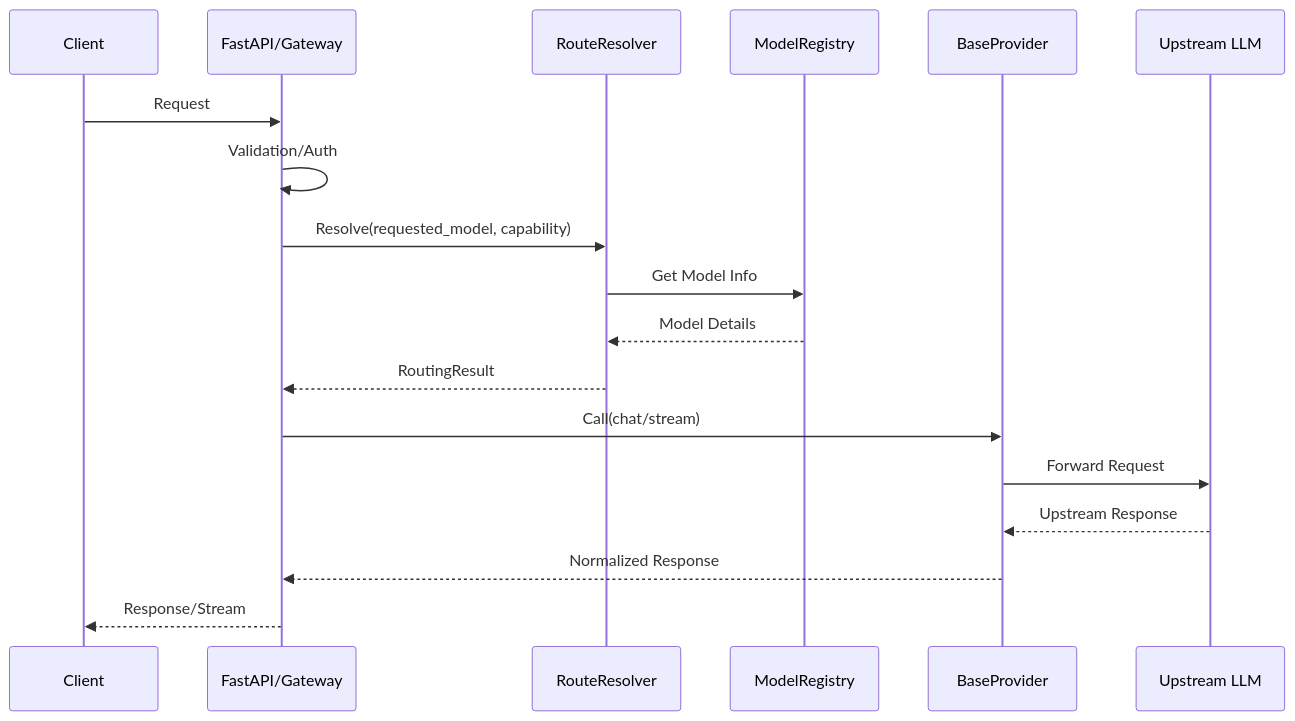
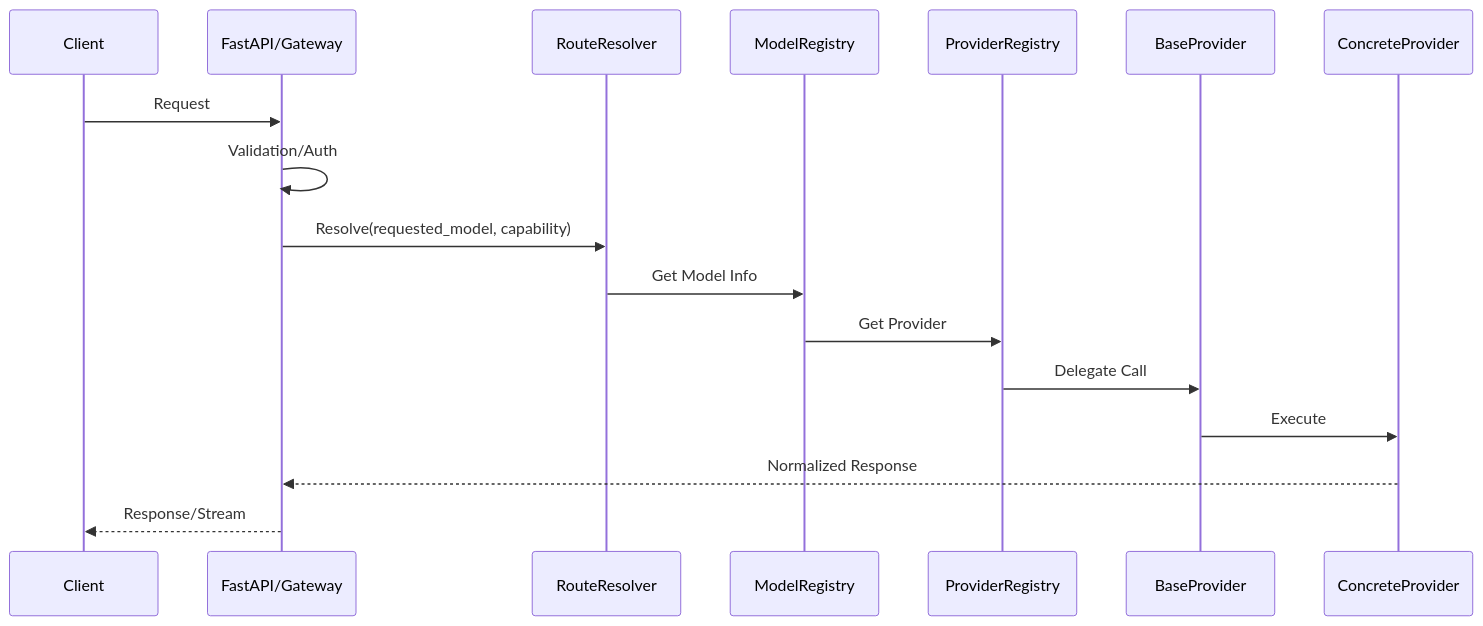
The first of 2 diagrams in docs/architecture/ADR-001-gateway-architecture.md (j2sleek/nexus-ai-gateway), drawn with Mermaid before and after one commit. The commit also changed other lines of this file, not shown here.

Commit message:
docs: finalize ADR architecture corrections

````diff
--- a/docs/architecture/ADR-001-gateway-architecture.md
+++ b/docs/architecture/ADR-001-gateway-architecture.md
@@ -19,21 +13,20 @@
 ```mermaid
 sequenceDiagram
     participant C as Client
     participant A as FastAPI/Gateway
     participant R as RouteResolver
     participant Reg as ModelRegistry
+    participant PReg as ProviderRegistry
     participant P as BaseProvider
-    participant U as Upstream LLM
+    participant Con as ConcreteProvider
 
     C->>A: Request
     A->>A: Validation/Auth
     A->>R: Resolve(requested_model, capability)
     R->>Reg: Get Model Info
-    Reg-->>R: Model Details
-    R-->>A: RoutingResult
-    A->>P: Call(chat/stream)
-    P->>U: Forward Request
-    U-->>P: Upstream Response
-    P-->>A: Normalized Response
+    Reg->>PReg: Get Provider
+    PReg->>P: Delegate Call
+    P->>Con: Execute
+    Con-->>A: Normalized Response
     A-->>C: Response/Stream
 ```
````
